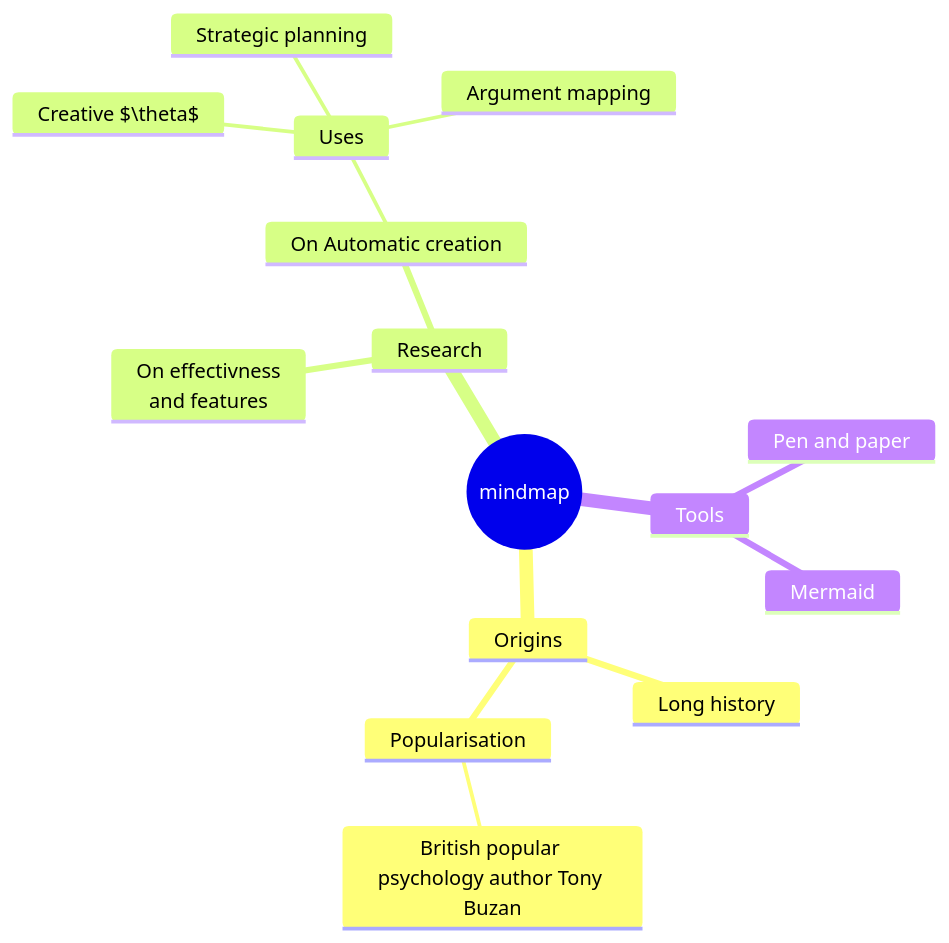
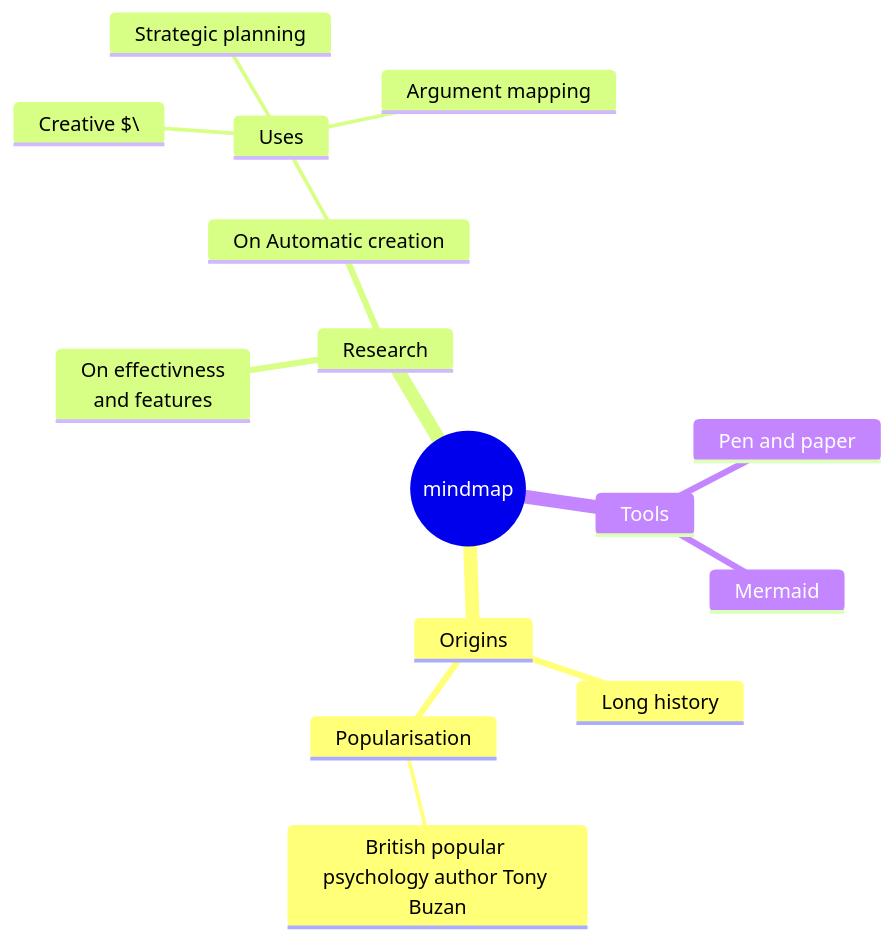
One commit to silly-goose-paper-box/iodraw-files changed the diagram in all/未命名.md. Above: the diagram before and after it, drawn with Mermaid.

Commit message:
2026-06-21 09:49:08 update

````diff
--- a/all/未命名.md
+++ b/all/未命名.md
@@ -1,20 +1,20 @@
 ```mermaid
 mindmap
   root((mindmap))
     Origins
       Long history
       ::icon(fa fa-book)
       Popularisation
         British popular psychology author Tony Buzan
     Research
       On effectivness<br/>and features
       On Automatic creation
         Uses
-            Creative $\theta$
+            Creative $\
             Strategic planning
             Argument mapping
     Tools
       Pen and paper
       Mermaid		
 	  
 ```
````
